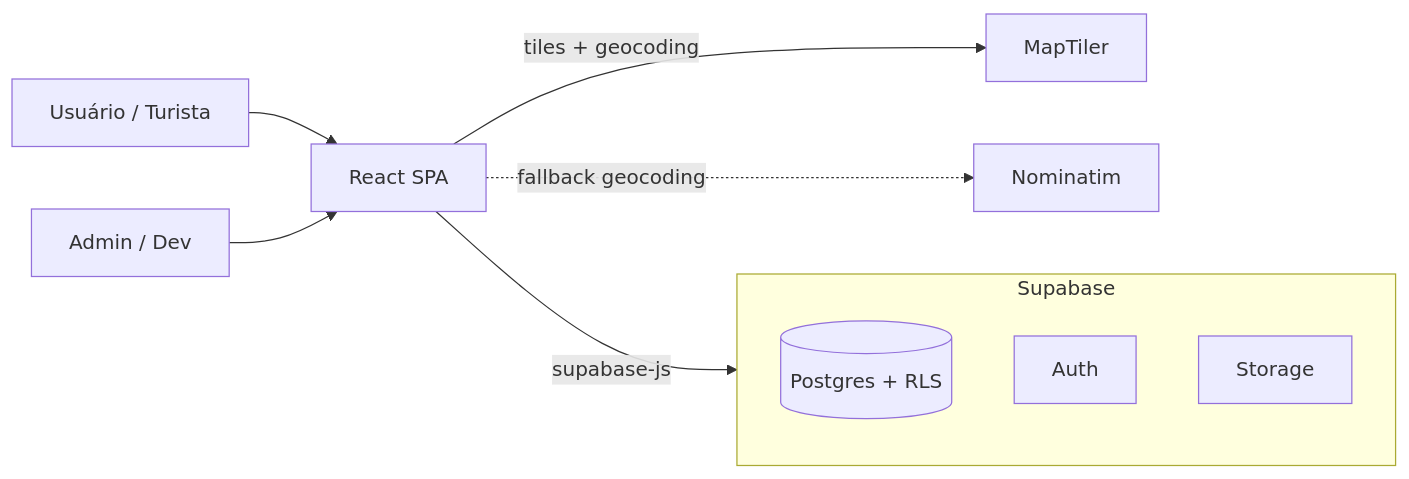
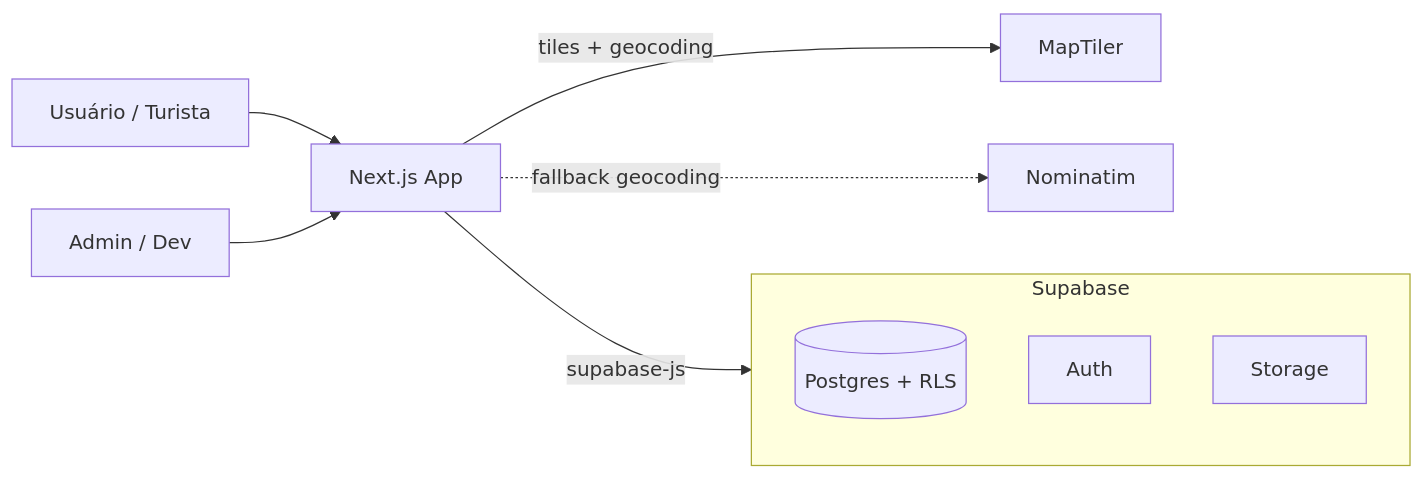
The first of 2 diagrams in docs/architecture.md (cavalcanteprofissional/karaoke-map), drawn with Mermaid before and after one commit. The commit also changed other lines of this file, not shown here.

Commit message:
docs(architecture): atualiza para Next.js App Router

````diff
--- a/docs/architecture.md
+++ b/docs/architecture.md
@@ -10,13 +10,13 @@
 ```mermaid
 flowchart LR
-    U[Usuário / Turista] --> FE[React SPA]
+    U[Usuário / Turista] --> FE[Next.js App]
     A[Admin / Dev] --> FE
     FE -->|supabase-js| SB[(Supabase)]
     FE -->|tiles + geocoding| MT[MapTiler]
     FE -.->|fallback geocoding| NOM[Nominatim]
     subgraph SB[Supabase]
       PG[(Postgres + RLS)]
       AU[Auth]
       ST[Storage]
     end
 ```
````
